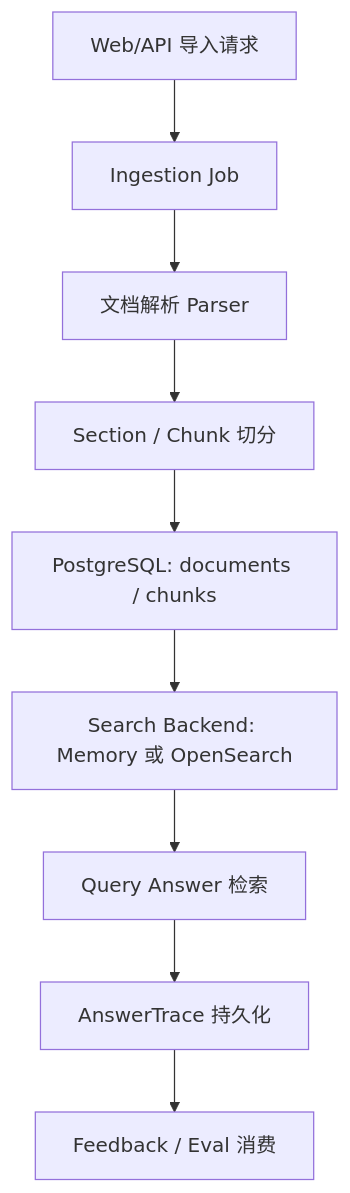
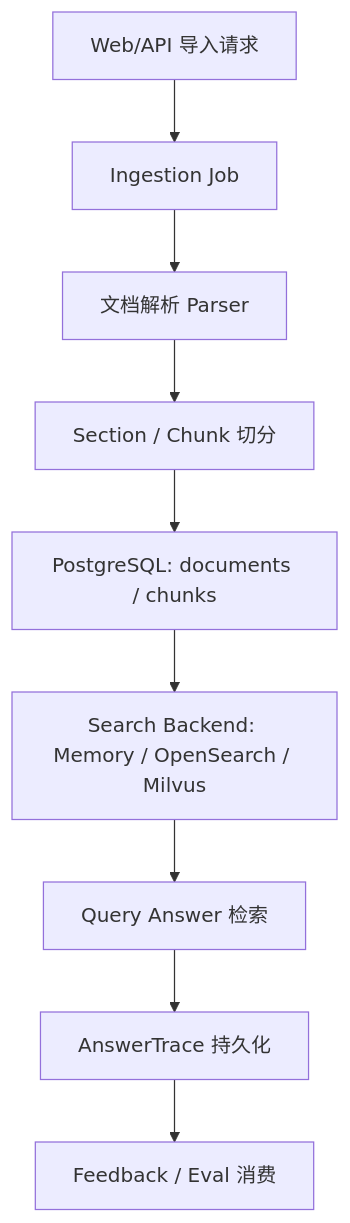
The first of 2 diagrams in docs/09-data-flow.md (superkit01/rag), drawn with Mermaid before and after one commit. The commit also changed other lines of this file and 4 other files, not shown here.

Commit message:
docs: document milvus retrieval backend

````diff
--- a/docs/09-data-flow.md
+++ b/docs/09-data-flow.md
@@ -22,11 +22,11 @@
 ```mermaid
 flowchart TD
     A["Web/API 导入请求"] --> B["Ingestion Job"]
     B --> C["文档解析 Parser"]
     C --> D["Section / Chunk 切分"]
     D --> E["PostgreSQL: documents / chunks"]
-    E --> F["Search Backend: Memory 或 OpenSearch"]
+    E --> F["Search Backend: Memory / OpenSearch / Milvus"]
     F --> G["Query Answer 检索"]
     G --> H["AnswerTrace 持久化"]
     H --> I["Feedback / Eval 消费"]
 ```
````
